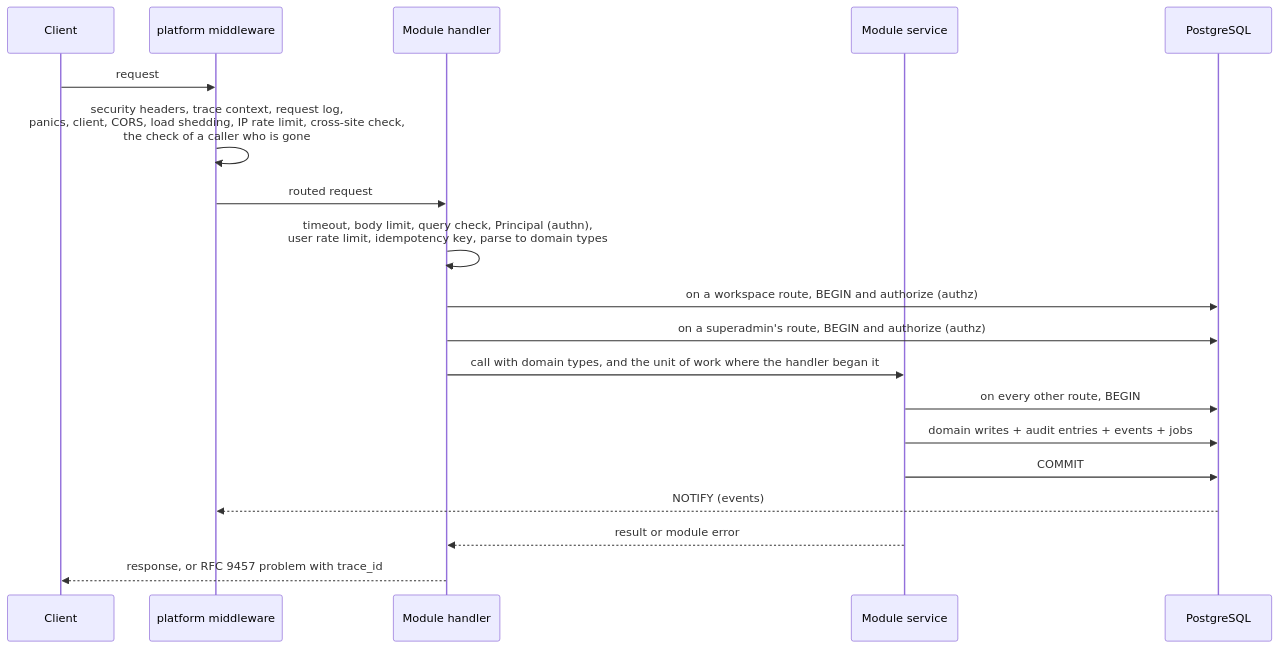
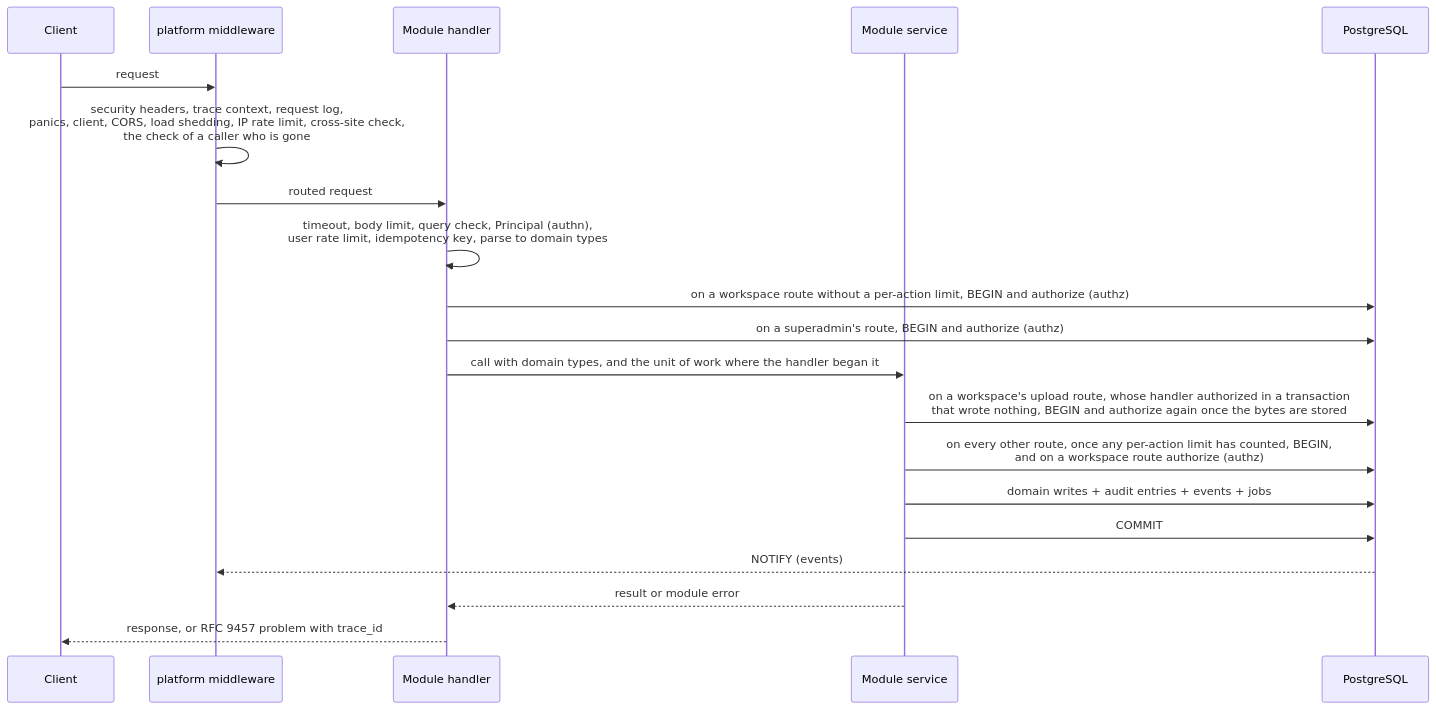
The third of 3 diagrams in docs/architecture.md (Grebyn35/AntWorker-API-Rust), drawn with Mermaid before and after one commit. The commit also changed other lines of this file and 20 other files, not shown here.

````diff
--- a/docs/architecture.md
+++ b/docs/architecture.md
@@ -276,23 +276,26 @@
 ```mermaid
 sequenceDiagram
   participant C as Client
   participant P as platform middleware
   participant H as Module handler
   participant S as Module service
   participant DB as PostgreSQL
   C->>P: request
   P->>P: security headers, trace context, request log,<br/>panics, client, CORS, load shedding, IP rate limit, cross-site check,<br/>the check of a caller who is gone
   P->>H: routed request
   H->>H: timeout, body limit, query check, Principal (authn),<br/>user rate limit, idempotency key, parse to domain types
-  H->>DB: on a workspace route, BEGIN and authorize (authz)
+  H->>DB: on a workspace route without a per-action limit, BEGIN and authorize (authz)
   %% part: superadmins
   H->>DB: on a superadmin's route, BEGIN and authorize (authz)
   %% end part: superadmins
   H->>S: call with domain types, and the unit of work where the handler began it
-  S->>DB: on every other route, BEGIN
+  %% part: files
+  S->>DB: on a workspace's upload route, whose handler authorized in a transaction<br/>that wrote nothing, BEGIN and authorize again once the bytes are stored
+  %% end part: files
+  S->>DB: on every other route, once any per-action limit has counted, BEGIN,<br/>and on a workspace route authorize (authz)
   S->>DB: domain writes + audit entries + events + jobs
   S->>DB: COMMIT
   DB-->>P: NOTIFY (events)
   S-->>H: result or module error
   H-->>C: response, or RFC 9457 problem with trace_id
 ```
````
